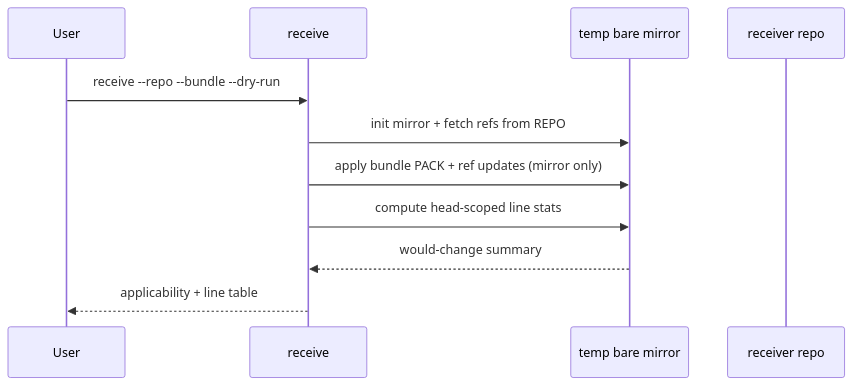
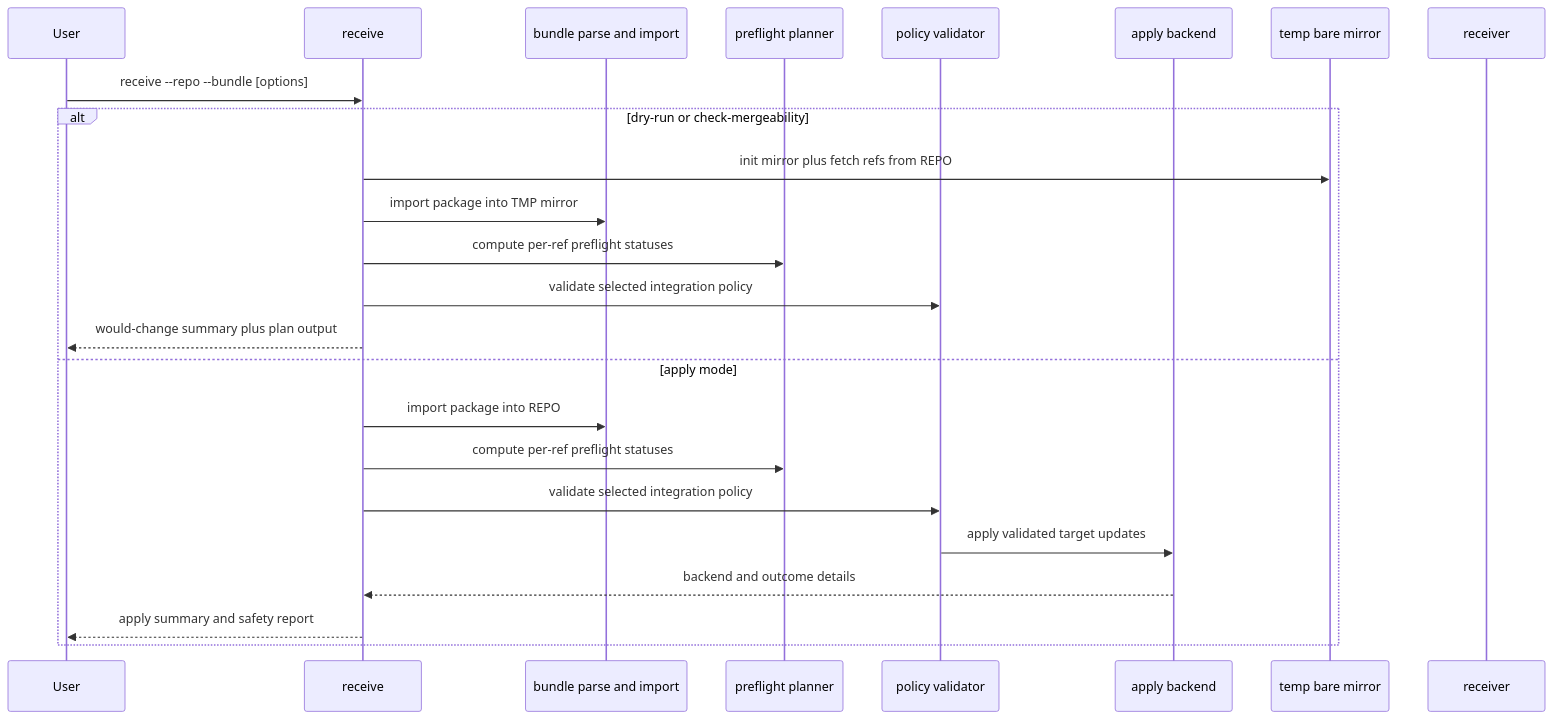
Before and after one commit to daredem0/git-sync: the eighth of 14 diagrams in SDD_SAD.md, drawn with Mermaid. The commit also changed other lines of this file and 1 other file, not shown here.

````diff
--- a/SDD_SAD.md
+++ b/SDD_SAD.md
@@ -456,14 +469,27 @@
 ```mermaid
 sequenceDiagram
     participant U as User
     participant R as receive
+    participant B as bundle parse and import
+    participant P as preflight planner
+    participant V as policy validator
+    participant A as apply backend
     participant TMP as temp bare mirror
-    participant REPO as receiver repo
+    participant REPO as receiver
 
-    U->>R: receive --repo --bundle --dry-run
-    R->>TMP: init mirror + fetch refs from REPO
-    R->>TMP: apply bundle PACK + ref updates (mirror only)
-    R->>TMP: compute head-scoped line stats
-    TMP-->>R: would-change summary
-    R-->>U: applicability + line table
+    U->>R: receive --repo --bundle [options]
+    alt dry-run or check-mergeability
+        R->>TMP: init mirror plus fetch refs from REPO
+        R->>B: import package into TMP mirror
+        R->>P: compute per-ref preflight statuses
+        R->>V: validate selected integration policy
+        R-->>U: would-change summary plus plan output
+    else apply mode
+        R->>B: import package into REPO
+        R->>P: compute per-ref preflight statuses
+        R->>V: validate selected integration policy
+        V->>A: apply validated target updates
+        A-->>R: backend and outcome details
+        R-->>U: apply summary and safety report
+    end
 ```
````
